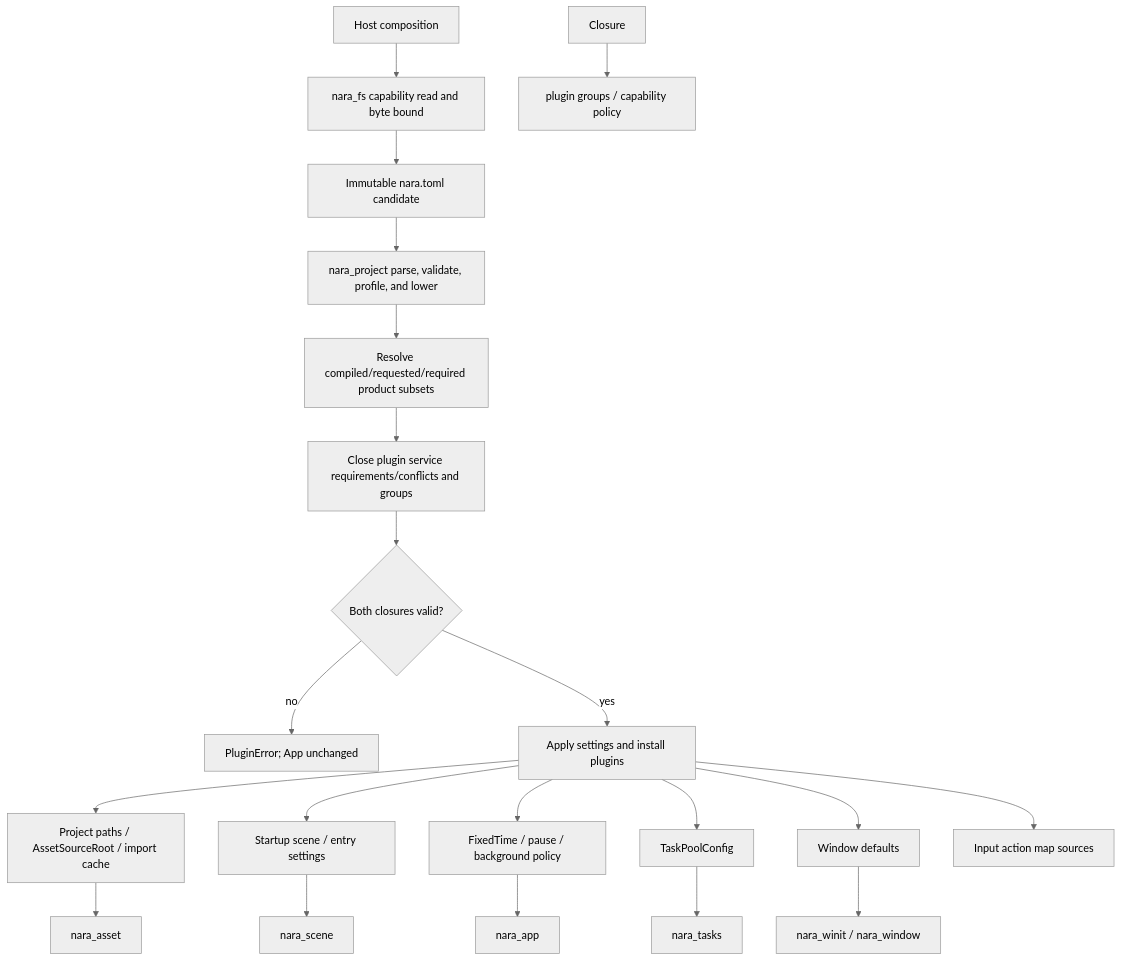
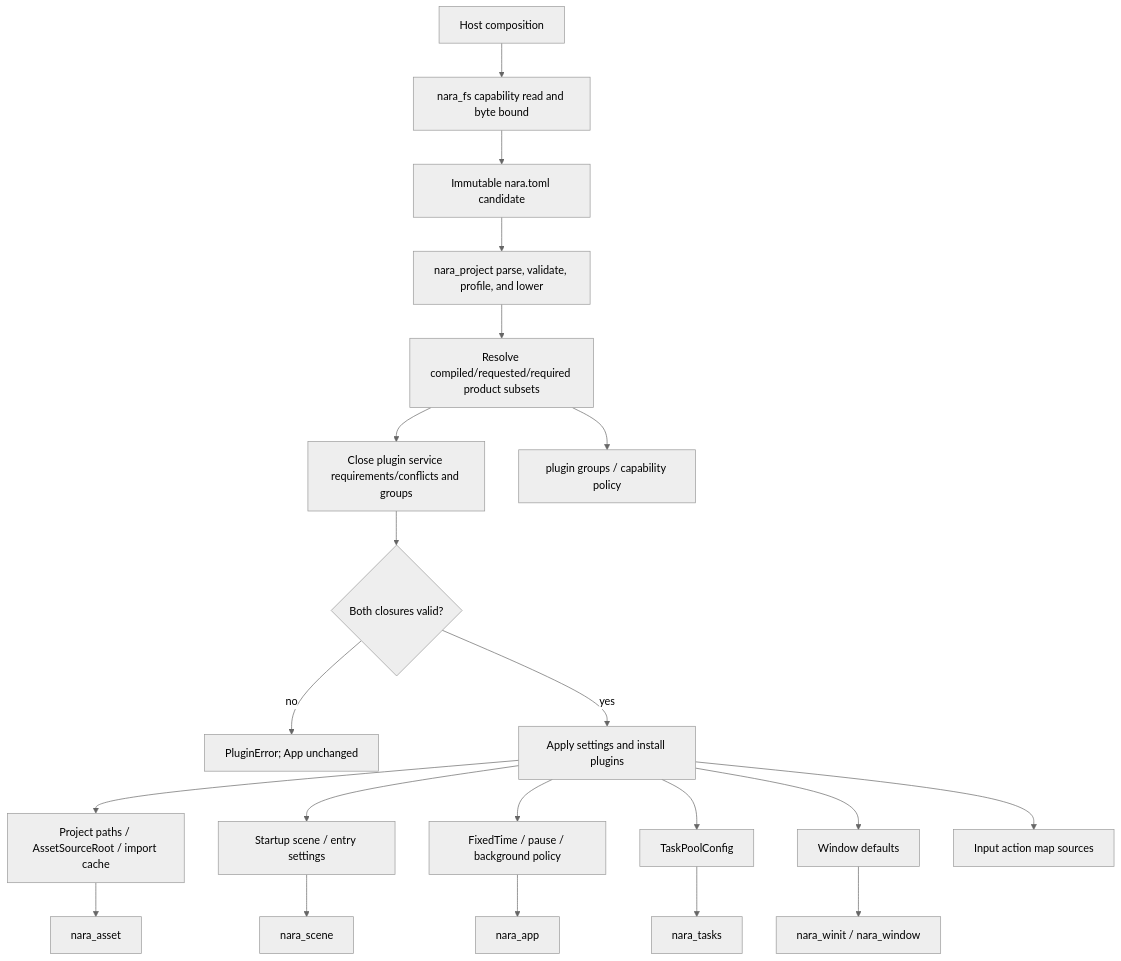
One commit to Latias94/nara changed the diagram in docs/architecture/adr/0035-project-manifest-and-runtime-settings-authority.md. Above: the diagram before and after it, drawn with Mermaid (neutral theme). The commit also changed other lines of this file and 65 other files, not shown here.

First line of the commit message:
feat(engine): make product capability ingest truthful

````diff
--- a/docs/architecture/adr/0035-project-manifest-and-runtime-settings-authority.md
+++ b/docs/architecture/adr/0035-project-manifest-and-runtime-settings-authority.md
@@ -63,23 +77,23 @@
 ```mermaid
 flowchart TD
     Host[Host composition] --> FS[nara_fs capability read and byte bound]
     FS --> Candidate[Immutable nara.toml candidate]
     Candidate --> Validate[nara_project parse, validate, profile, and lower]
     Validate --> Product[Resolve compiled/requested/required product subsets]
     Product --> Services[Close plugin service requirements/conflicts and groups]
     Services --> Gate{Both closures valid?}
     Gate -->|no| Reject[PluginError; App unchanged]
     Gate -->|yes| Apply[Apply settings and install plugins]
     Apply --> Paths[Project paths / AssetSourceRoot / import cache]
     Apply --> Startup[Startup scene / entry settings]
     Apply --> Runtime[FixedTime / pause / background policy]
     Apply --> Tasks[TaskPoolConfig]
     Apply --> Window[Window defaults]
     Apply --> Input[Input action map sources]
     Paths --> Asset[nara_asset]
     Startup --> Scene[nara_scene]
     Runtime --> App[nara_app]
     Tasks --> TaskPlugin[nara_tasks]
     Window --> Winit[nara_winit / nara_window]
-    Closure --> Profile[plugin groups / capability policy]
+    Product --> Profile[plugin groups / capability policy]
 ```
````
